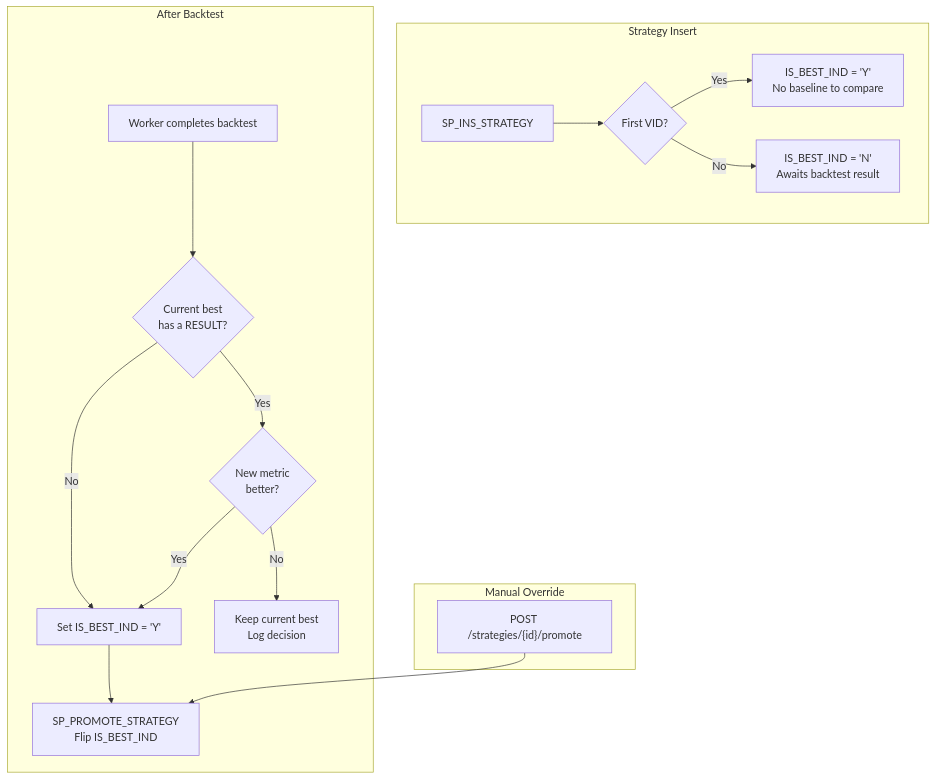
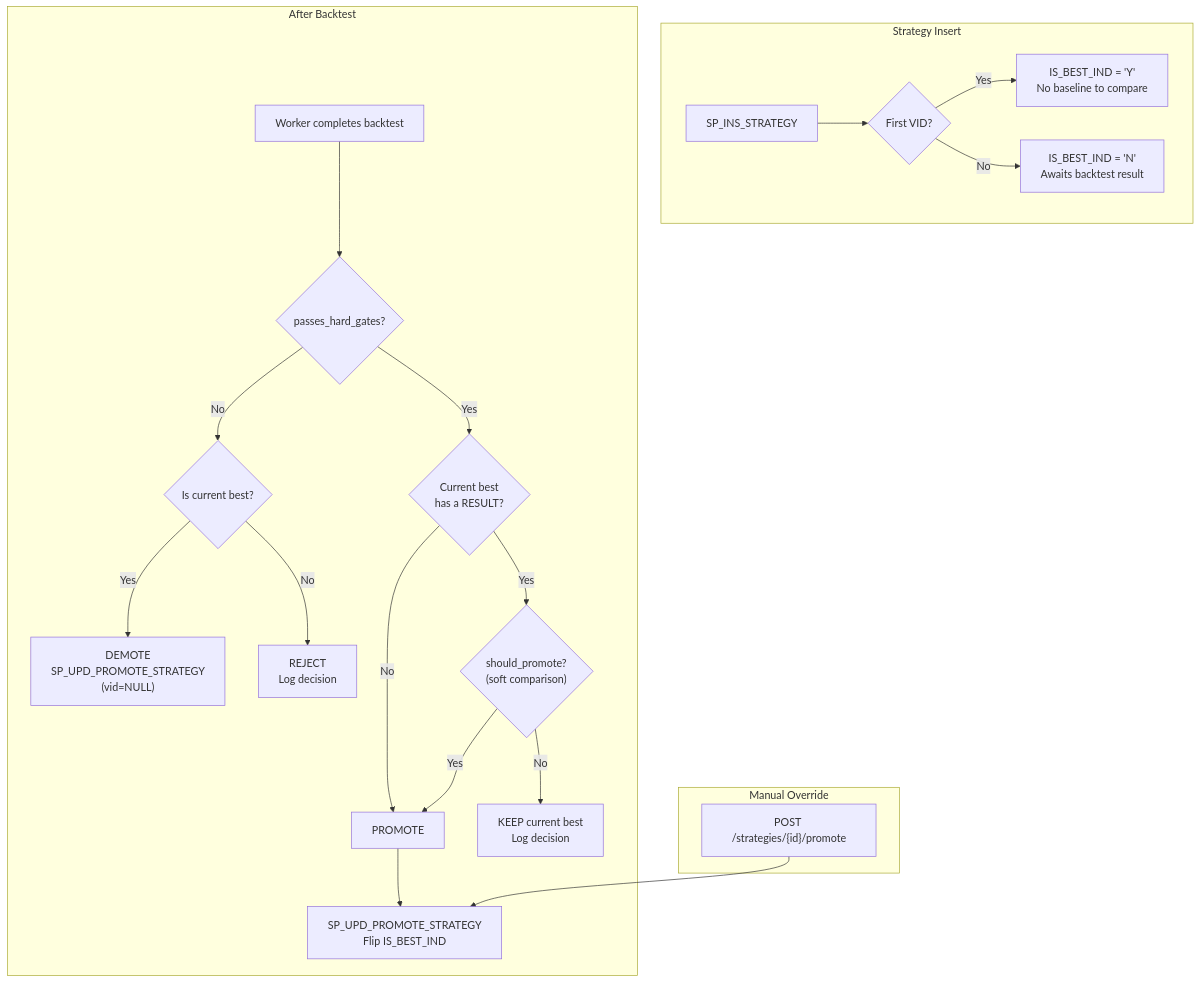
The diagram in docs/design/best-vid-promotion.md (alfred1123/Quant_Strategies), drawn with Mermaid before and after one commit. The commit also changed other lines of this file and 4 other files, not shown here.

````diff
--- a/docs/design/best-vid-promotion.md
+++ b/docs/design/best-vid-promotion.md
@@ -13,19 +15,23 @@
 ```mermaid
 flowchart TD
     subgraph insert [Strategy Insert]
         A["SP_INS_STRATEGY"] --> B{First VID?}
         B -->|Yes| C["IS_BEST_IND = 'Y'\nNo baseline to compare"]
         B -->|No| D["IS_BEST_IND = 'N'\nAwaits backtest result"]
     end
     subgraph promote [After Backtest]
-        E["Worker completes backtest"] --> F{"Current best\nhas a RESULT?"}
-        F -->|No| G["Set IS_BEST_IND = 'Y'"]
-        F -->|Yes| H{"New metric\nbetter?"}
-        H -->|Yes| G
-        H -->|No| I["Keep current best\nLog decision"]
-        G --> J["SP_PROMOTE_STRATEGY\nFlip IS_BEST_IND"]
+        E["Worker completes backtest"] --> F{"passes_hard_gates?"}
+        F -->|No| F2{"Is current best?"}
+        F2 -->|Yes| F3["DEMOTE\nSP_UPD_PROMOTE_STRATEGY\n(vid=NULL)"]
+        F2 -->|No| F4["REJECT\nLog decision"]
+        F -->|Yes| G{"Current best\nhas a RESULT?"}
+        G -->|No| H["PROMOTE"]
+        G -->|Yes| I{"should_promote?\n(soft comparison)"}
+        I -->|Yes| H
+        I -->|No| J["KEEP current best\nLog decision"]
+        H --> K["SP_UPD_PROMOTE_STRATEGY\nFlip IS_BEST_IND"]
     end
     subgraph manual [Manual Override]
-        K["POST /strategies/{id}/promote"] --> J
+        L["POST /strategies/{id}/promote"] --> K
     end
 ```
````
